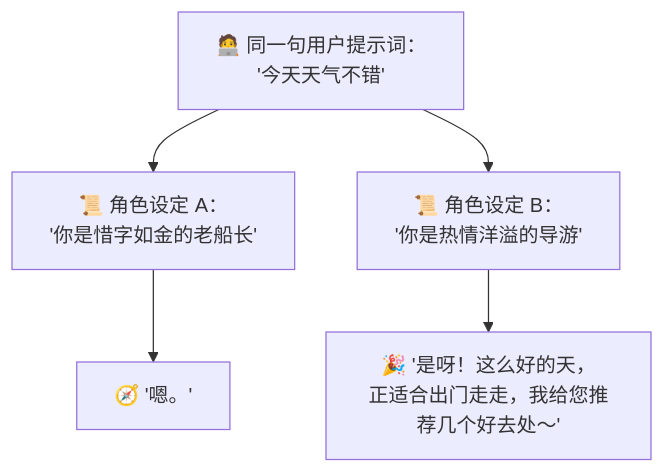
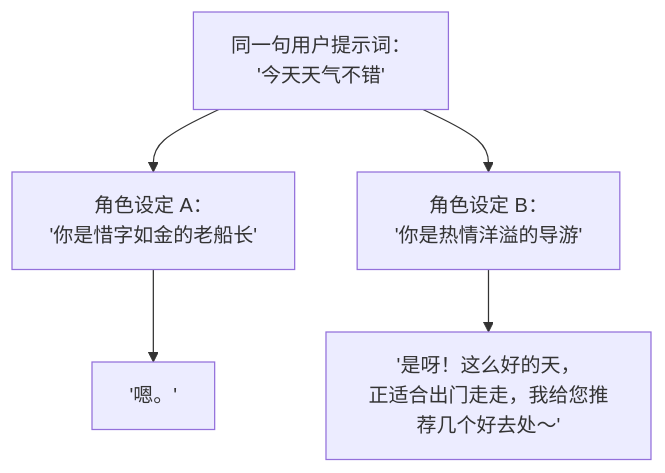
Before and after one commit to luckykhy/KhyAiHub: the fifth of 6 diagrams in docs/02_CONCEPTS_概念入门/CONCEPT/[CONCEPT-18] 什么是系统提示词-SystemPrompt.md, drawn with Mermaid. The commit also changed other lines of this file and 19 other files, not shown here.

````diff
--- a/docs/02_CONCEPTS_概念入门/CONCEPT/[CONCEPT-18] 什么是系统提示词-SystemPrompt.md
+++ b/docs/02_CONCEPTS_概念入门/CONCEPT/[CONCEPT-18] 什么是系统提示词-SystemPrompt.md
@@ -248,8 +248,8 @@
 ```mermaid
 flowchart TB
-  LINE["🧑‍💻 同一句用户提示词：<br/>'今天天气不错'"]
-  SET1["📜 角色设定 A：<br/>'你是惜字如金的老船长'"] --> OUT1["🧭 '嗯。'"]
-  SET2["📜 角色设定 B：<br/>'你是热情洋溢的导游'"] --> OUT2["🎉 '是呀！这么好的天，<br/>正适合出门走走，我给您推荐几个好去处～'"]
+  LINE["同一句用户提示词：<br/>'今天天气不错'"]
+  SET1["角色设定 A：<br/>'你是惜字如金的老船长'"] --> OUT1["'嗯。'"]
+  SET2["角色设定 B：<br/>'你是热情洋溢的导游'"] --> OUT2["'是呀！这么好的天，<br/>正适合出门走走，我给您推荐几个好去处～'"]
   LINE --> SET1
   LINE --> SET2
 ```
````
